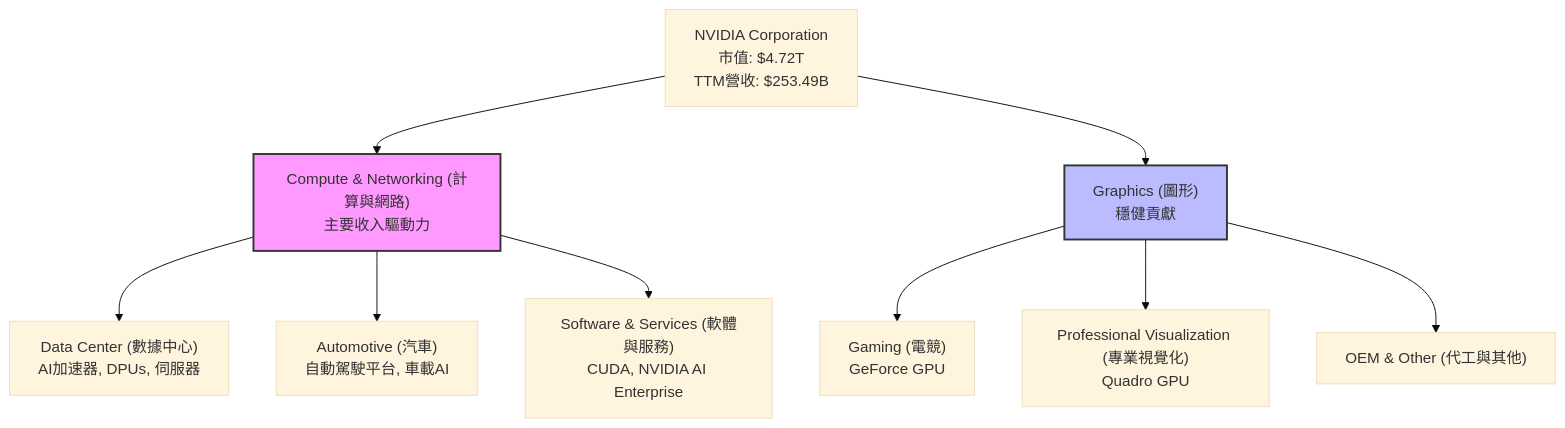
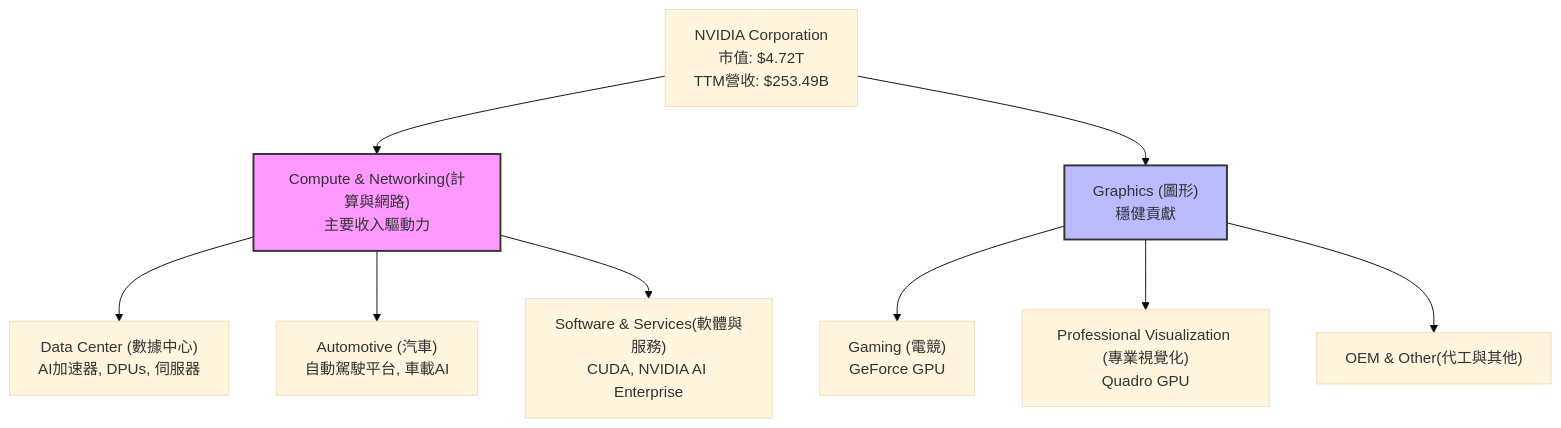
Before and after one commit to yennanliu/finance_data: the second of 14 diagrams in ai_gen_report/stock/nvda/fundamental_analysis_2026-06-29_gemini.md, drawn with Mermaid (base theme). The commit also changed other lines of this file and 2258 other files, not shown here.

First line of the commit message:
chore: backfill Mermaid syntax repair across existing reports

````diff
--- a/ai_gen_report/stock/nvda/fundamental_analysis_2026-06-29_gemini.md
+++ b/ai_gen_report/stock/nvda/fundamental_analysis_2026-06-29_gemini.md
@@ -139,21 +139,21 @@
 ```mermaid
 graph TD
     NVDA_Overview["NVIDIA Corporation<br/>市值: $4.72T<br/>TTM營收: $253.49B"]
 
-    CN["Compute & Networking (計算與網路)<br/>主要收入驅動力"]
+    CN["Compute & Networking(計算與網路)<br/>主要收入驅動力"]
     G["Graphics (圖形)<br/>穩健貢獻"]
 
     CN --> DC["Data Center (數據中心)<br/>AI加速器, DPUs, 伺服器"]
     CN --> Auto["Automotive (汽車)<br/>自動駕駛平台, 車載AI"]
-    CN --> SW["Software & Services (軟體與服務)<br/>CUDA, NVIDIA AI Enterprise"]
+    CN --> SW["Software & Services(軟體與服務)<br/>CUDA, NVIDIA AI Enterprise"]
 
     G --> Gaming["Gaming (電競)<br/>GeForce GPU"]
     G --> ProViz["Professional Visualization (專業視覺化)<br/>Quadro GPU"]
-    G --> OEM["OEM & Other (代工與其他)"]
+    G --> OEM["OEM & Other(代工與其他)"]
 
     NVDA_Overview --> CN
     NVDA_Overview --> G
 
     style CN fill:#f9f,stroke:#333,stroke-width:2px
     style G fill:#bbf,stroke:#333,stroke-width:2px
 ```
````
